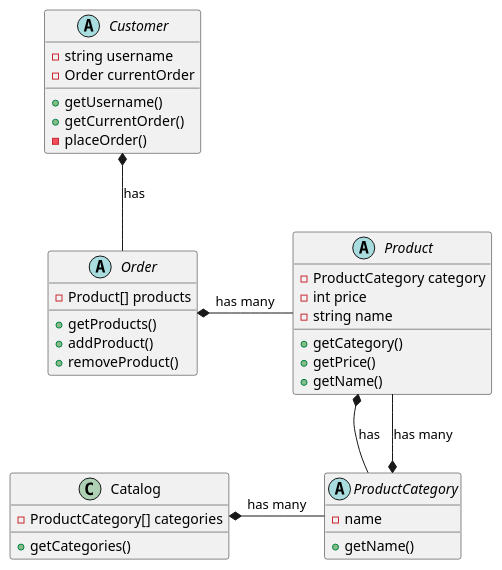
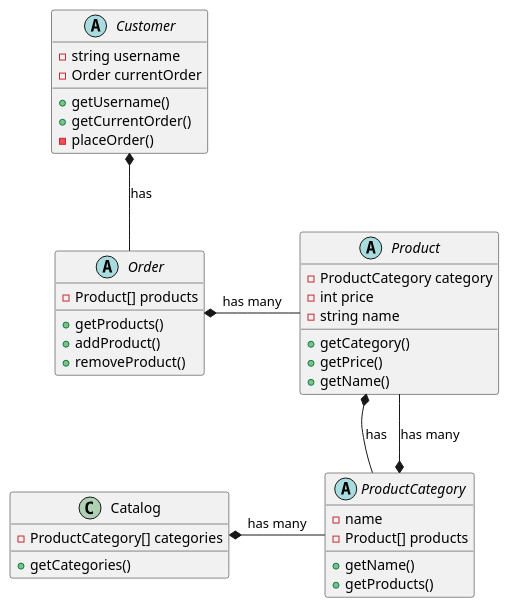
The diagram in diagram.puml (jsantos42/OnlineShopAPI), drawn with PlantUML before and after one commit.

Commit message:
fix: add missing field and method on diagram

```diff
--- a/diagram.puml
+++ b/diagram.puml
@@ -1,49 +1,51 @@
 @startuml
 'https://plantuml.com/class-diagram
 
 abstract class Customer {
     - string username
     - Order currentOrder
     + getUsername()
     + getCurrentOrder()
     - placeOrder()
 }
 
 
 abstract class Order {
     - Product[] products
     + getProducts()
     + addProduct()
     + removeProduct()
 }
 
 
 abstract class Product {
     - ProductCategory category
     - int price
     - string name
     + getCategory()
     + getPrice()
     + getName()
 }
 
 
 abstract class ProductCategory {
     - name
+    - Product[] products
     + getName()
+    + getProducts()
 }
 
 class Catalog {
     - ProductCategory[] categories
     + getCategories()
 }
 
 
 Customer *-- Order: has
 Order *- Product: has many
 Product *-- ProductCategory: has
 Product --* ProductCategory: has many
 Catalog *- ProductCategory: has many
 
 
 @enduml
```
